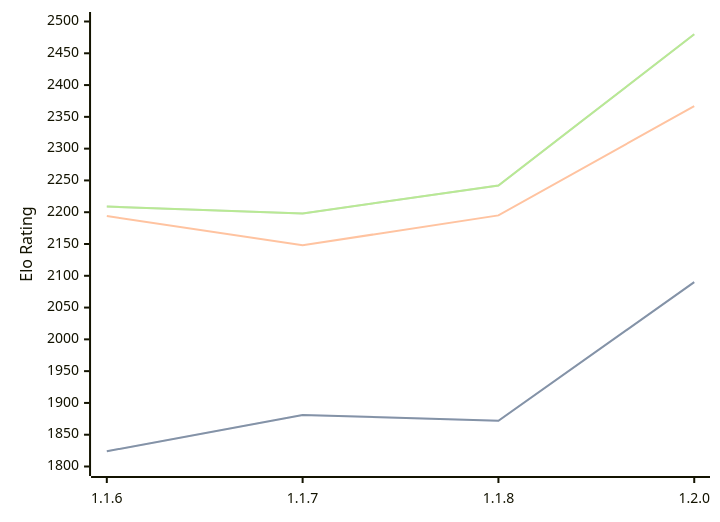
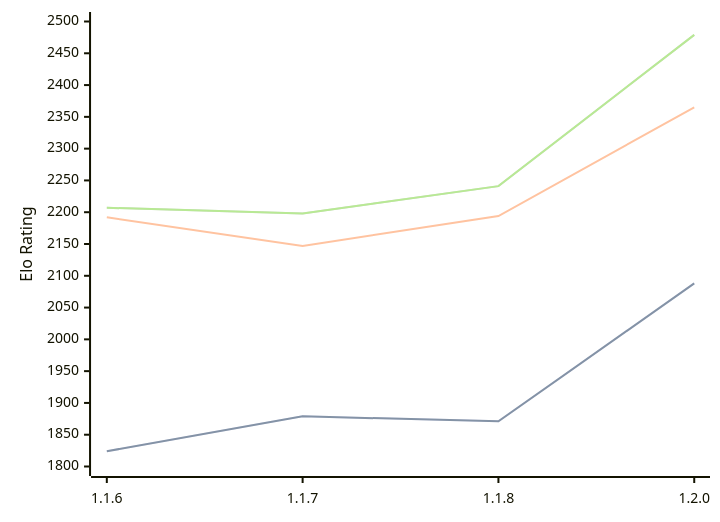
The diagram in engines/Soomi.md (computer-chess-index/cci), drawn with Mermaid before and after one commit. The commit also changed other lines of this file, not shown here.

Commit message:
Update CCI Ratings (ELO VLTC) - 2026-03-07

````diff
--- a/engines/Soomi.md
+++ b/engines/Soomi.md
@@ -32,11 +32,11 @@
 ```mermaid
 %%{init: {"theme":"base","themeVariables":{"seriesColors:['#a3a3a3','#222221','#faa371']}}}%%
 xychart-beta
   x-axis ["1.1.6", "1.1.7", "1.1.8", "1.2.0"]
   y-axis "Elo Rating" 1800 --> 2500
-  line "STC (8.0+0.08s)" [1824, 1881, 1872, 2090]
-  line "STC (8.0+0.08s)" [1824, 1881, 1872, 2090]
-  line "LTC (60.0+0.60s)" [2194, 2148, 2195, 2367]
-  line "VLTC (2m24s+1.12s)" [2209, 2198, 2242, 2480]
-  line "VLTC (2m24s+1.12s)" [2209, 2198, 2242, 2480]
+  line "STC (8.0+0.08s)" [1824, 1879, 1871, 2088]
+  line "STC (8.0+0.08s)" [1824, 1879, 1871, 2088]
+  line "LTC (60.0+0.60s)" [2192, 2147, 2194, 2365]
+  line "VLTC (2m24s+1.12s)" [2207, 2198, 2241, 2479]
+  line "VLTC (2m24s+1.12s)" [2207, 2198, 2241, 2479]
 ```
````
